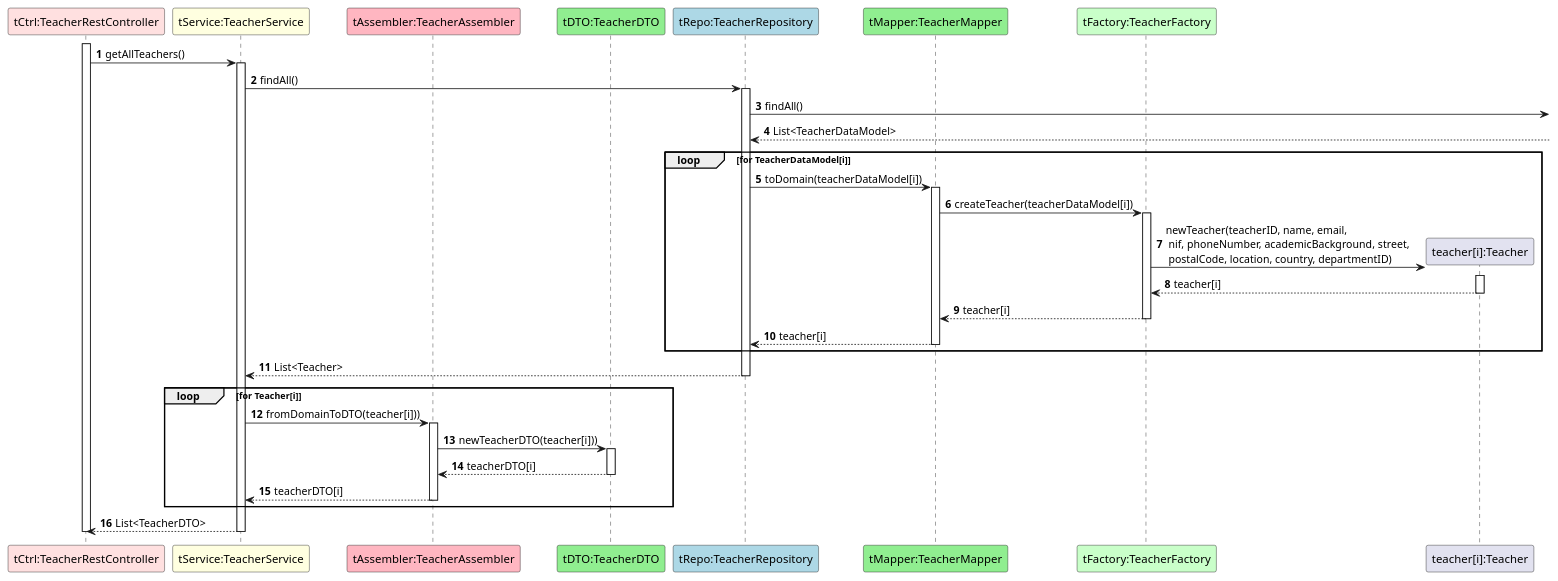
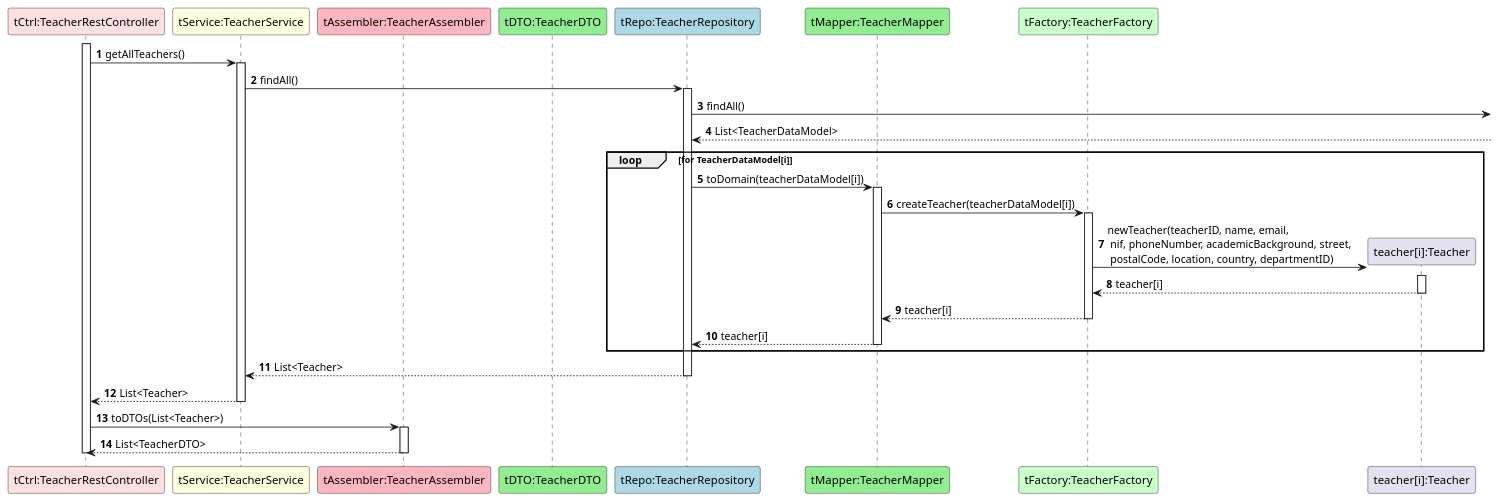
One commit to GasparISEP/DevOps-PAI changed the diagram in docs/US31/ScenarioView/References/Ref-getAllTeachers.puml. Above: the diagram before and after it, drawn with PlantUML. The commit also changed 3 other files, not shown here.

Commit message:
Ref #653: Update diagrams to reflect DTO conversion in Controller instead of Service

```diff
--- a/docs/US31/ScenarioView/References/Ref-getAllTeachers.puml
+++ b/docs/US31/ScenarioView/References/Ref-getAllTeachers.puml
@@ -1,41 +1,36 @@
 @startuml
 autonumber
 
 participant "tCtrl:TeacherRestController" as C #implementation
 participant "tService:TeacherService" as TS #lightyellow
 participant "tAssembler:TeacherAssembler" as TA #lightpink
 participant "tDTO:TeacherDTO" as TDTO #lightgreen
 participant "tRepo:TeacherRepository" as TR #lightblue
 participant "tMapper:TeacherMapper" as M #lightgreen
 participant "tFactory:TeacherFactory" as TF #technology
 participant "teacher[i]:Teacher" as T
 
 activate C
 C -> TS ++: getAllTeachers()
 
 TS -> TR ++: findAll()
 
 TR -> : findAll()
 TR <-- : List<TeacherDataModel>
 
 loop for TeacherDataModel[i]
 TR -> M ++: toDomain(teacherDataModel[i])
 M -> TF ++: createTeacher(teacherDataModel[i])
 TF -> T**: newTeacher(teacherID, name, email, \n nif, phoneNumber, academicBackground, street, \n postalCode, location, country, departmentID)
 activate T
 T --> TF --: teacher[i]
 TF --> M --: teacher[i]
 M --> TR --: teacher[i]
 end
 
 TR --> TS --: List<Teacher>
-loop for Teacher[i]
-TS -> TA ++ :fromDomainToDTO(teacher[i]))
-TA -> TDTO ++: newTeacherDTO(teacher[i]))
-TDTO --> TA --: teacherDTO[i]
-TA --> TS --: teacherDTO[i]
-end
-
-TS --> C --: List<TeacherDTO>
+TS --> C --: List<Teacher>
+C -> TA ++: toDTOs(List<Teacher>)
+TA --> C --: List<TeacherDTO>
 deactivate C
 @enduml
```
